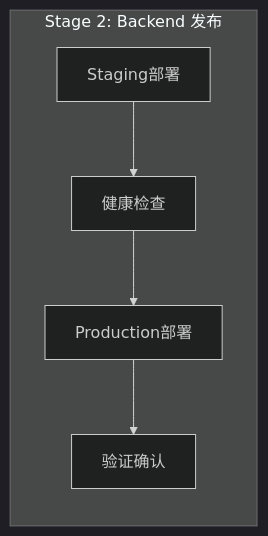
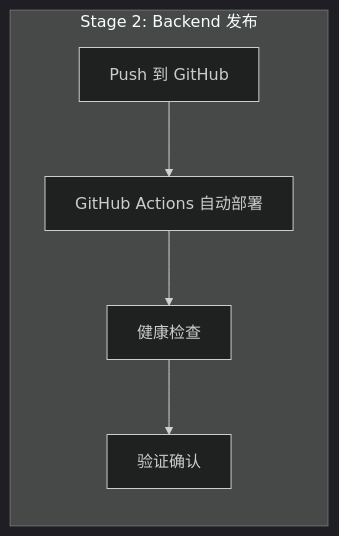
Before and after one commit to readmigo/docs: the third of 8 diagrams in 10-pipeline/execution-logs/P004-fullstack-release.md, drawn with Mermaid (dark theme). The commit also changed other lines of this file and 27 other files, not shown here.

First line of the commit message:
audit: remove code snippets, update to 2-env architecture across operations and pipeline docs

````diff
--- a/10-pipeline/execution-logs/P004-fullstack-release.md
+++ b/10-pipeline/execution-logs/P004-fullstack-release.md
@@ -96,6 +65,6 @@
 ```mermaid
 flowchart LR
     subgraph S2["Stage 2: Backend 发布"]
-        A["Staging部署"] --> B["健康检查"] --> C["Production部署"] --> D["验证确认"]
+        A["Push 到 GitHub"] --> B["GitHub Actions 自动部署"] --> C["健康检查"] --> D["验证确认"]
     end
 ```
````
